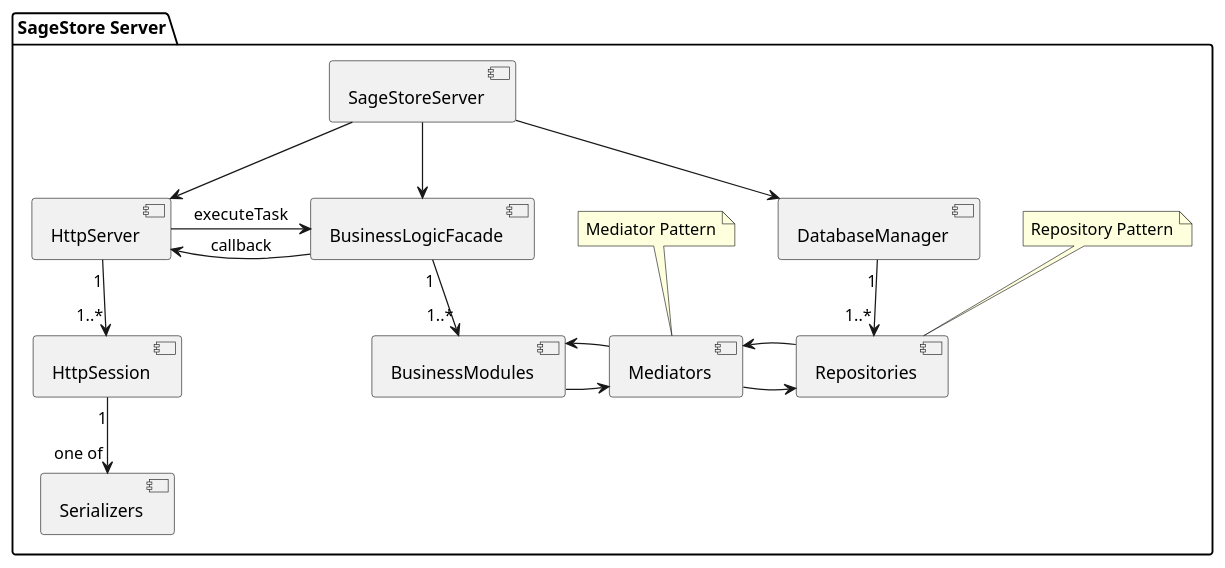
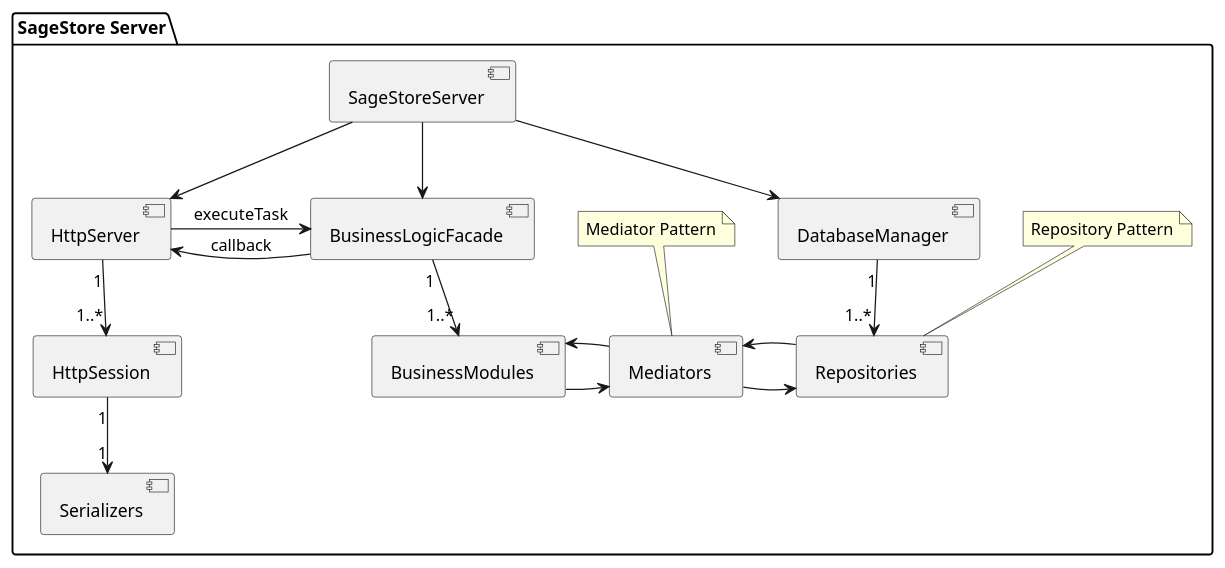
One commit to Sage-Cat/SageStore changed the diagram in docs/server/plantuml/Server_Design.puml. Above: the diagram before and after it, drawn with PlantUML. The commit also changed 3 other files, not shown here.

```diff
--- a/docs/server/plantuml/Server_Design.puml
+++ b/docs/server/plantuml/Server_Design.puml
@@ -1,41 +1,41 @@
 @startuml
 skinparam componentStyle uml2
 
 package "SageStore Server" {
     [SageStoreServer] as SSS 
     [HttpServer] as HSer 
     [HttpSession] as HSes 
     [Serializers] as S 
     [BusinessLogicFacade] as BLF 
     [BusinessModules] as BM 
     [Mediators] as M 
     [DatabaseManager] as DM
     [Repositories] as R  
 
     SSS -down-> HSer 
     SSS -down-> BLF 
     SSS -down-> DM
 
     HSer -right-> BLF : "executeTask"
     HSer <-right- BLF : "callback"
 
     HSer "1"-down->"1..*" HSes
-    HSes "1"-down->"one of" S 
+    HSes "1"-down->"1" S 
 
     BLF "1"-down->"1..*" BM
 
     DM "1"-down->"1..*" R 
 
     BM -right-> M
     BM <-right- M 
     M -right-> R 
     M <-right- R
 
     note "Mediator Pattern" as MediatorNote
     MediatorNote .. M
 
     note "Repository Pattern" as RepoNote
     RepoNote .. R
 }
 
 @enduml
```
